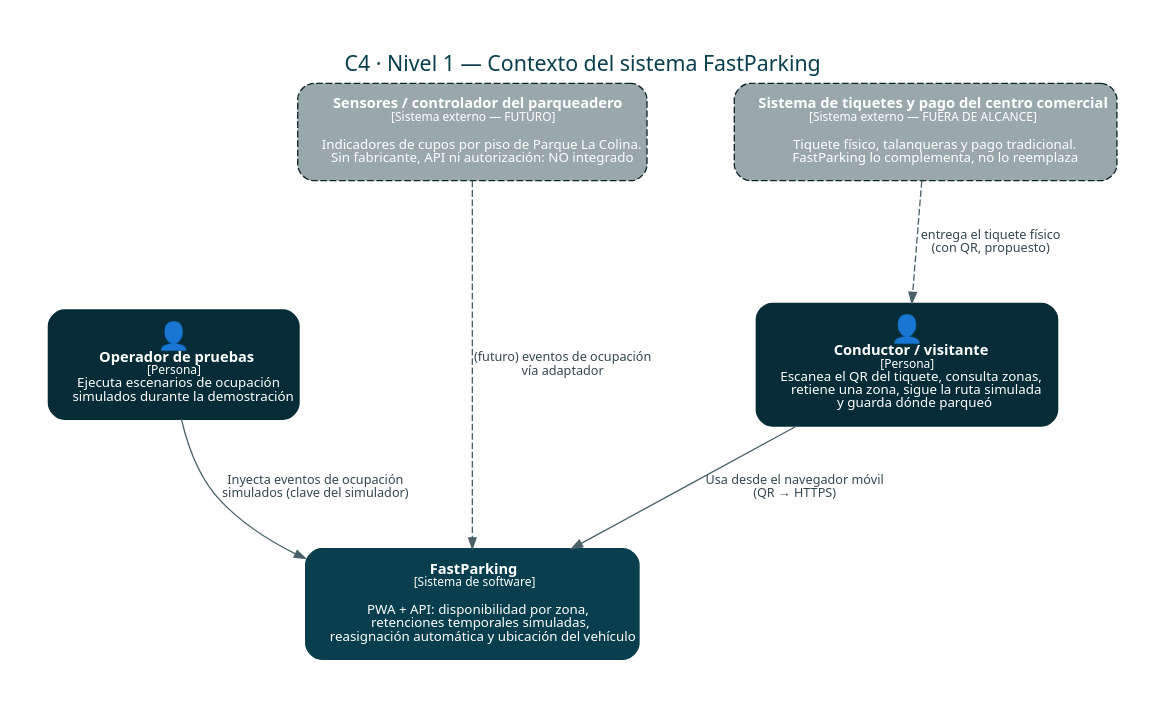
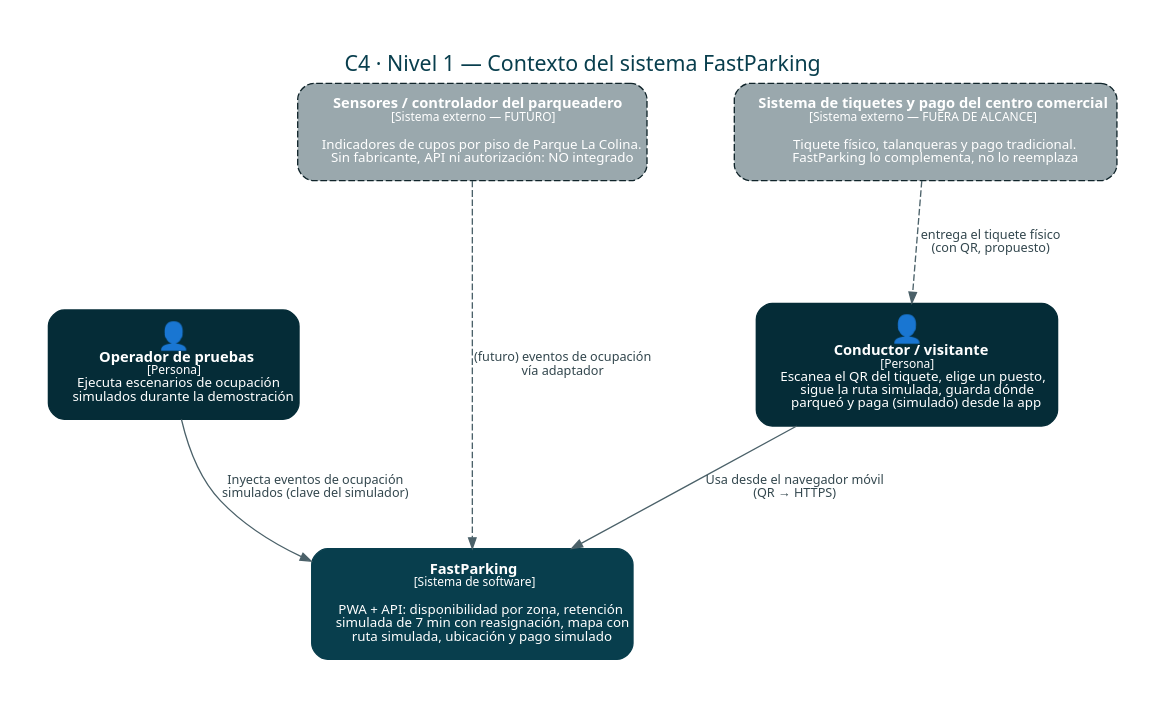
Before and after one commit to N4SL7/fastparking: the diagram in docs/diagramas/fuentes/c4-nivel1-contexto.dot, drawn with Graphviz. The commit also changed 18 other files, not shown here.

First line of the commit message:
docs: requerimientos, MER (PAGO), C4 y trazabilidad actualizados con pago simulado y mapa interactivo

```diff
--- a/docs/diagramas/fuentes/c4-nivel1-contexto.dot
+++ b/docs/diagramas/fuentes/c4-nivel1-contexto.dot
@@ -1,16 +1,16 @@
 digraph C4_1 { graph [fontname="Segoe UI,Arial,Helvetica,sans-serif", pad=0.4, nodesep=0.9, ranksep=1.0, bgcolor="white", labelloc=t, fontsize=16, fontcolor="#083E4D"];
 node [fontname="Segoe UI,Arial,Helvetica,sans-serif", fontsize=11, margin="0.25,0.15", width=2.6];
 edge [fontname="Segoe UI,Arial,Helvetica,sans-serif", fontsize=9.5, color="#4b6169", fontcolor="#33474e", arrowsize=0.8];
 graph [label="C4 · Nivel 1 — Contexto del sistema FastParking"];
-conductor [shape=box, style="rounded,filled", fillcolor="#052c37", color="#052c37", fontcolor="white", label=<<FONT POINT-SIZE="20">👤</FONT><BR/><B>Conductor / visitante</B><BR/><FONT POINT-SIZE="9">[Persona]</FONT><BR/><FONT POINT-SIZE="10">Escanea el QR del tiquete, consulta zonas,<BR/>retiene una zona, sigue la ruta simulada<BR/>y guarda dónde parqueó</FONT>>];
+conductor [shape=box, style="rounded,filled", fillcolor="#052c37", color="#052c37", fontcolor="white", label=<<FONT POINT-SIZE="20">👤</FONT><BR/><B>Conductor / visitante</B><BR/><FONT POINT-SIZE="9">[Persona]</FONT><BR/><FONT POINT-SIZE="10">Escanea el QR del tiquete, elige un puesto,<BR/>sigue la ruta simulada, guarda dónde<BR/>parqueó y paga (simulado) desde la app</FONT>>];
 operador [shape=box, style="rounded,filled", fillcolor="#052c37", color="#052c37", fontcolor="white", label=<<FONT POINT-SIZE="20">👤</FONT><BR/><B>Operador de pruebas</B><BR/><FONT POINT-SIZE="9">[Persona]</FONT><BR/><FONT POINT-SIZE="10">Ejecuta escenarios de ocupación<BR/>simulados durante la demostración</FONT>>];
-fp [shape=box, style="rounded,filled", fillcolor="#083E4D", color="#083E4D", label=<<B>FastParking</B><BR/><FONT POINT-SIZE="9">[Sistema de software]</FONT><BR/><BR/><FONT POINT-SIZE="10">PWA + API: disponibilidad por zona,<BR/>retenciones temporales simuladas,<BR/>reasignación automática y ubicación del vehículo</FONT>>, fontcolor="white"];
+fp [shape=box, style="rounded,filled", fillcolor="#083E4D", color="#083E4D", label=<<B>FastParking</B><BR/><FONT POINT-SIZE="9">[Sistema de software]</FONT><BR/><BR/><FONT POINT-SIZE="10">PWA + API: disponibilidad por zona, retención<BR/>simulada de 7 min con reasignación, mapa con<BR/>ruta simulada, ubicación y pago simulado</FONT>>, fontcolor="white"];
 sens [shape=box, style="rounded,filled,dashed", fillcolor="#9aa8ad", color="#10242a", label=<<B>Sensores / controlador del parqueadero</B><BR/><FONT POINT-SIZE="9">[Sistema externo — FUTURO]</FONT><BR/><BR/><FONT POINT-SIZE="10">Indicadores de cupos por piso de Parque La Colina.<BR/>Sin fabricante, API ni autorización: NO integrado</FONT>>, fontcolor="white"];
 cc [shape=box, style="rounded,filled,dashed", fillcolor="#9aa8ad", color="#10242a", label=<<B>Sistema de tiquetes y pago del centro comercial</B><BR/><FONT POINT-SIZE="9">[Sistema externo — FUERA DE ALCANCE]</FONT><BR/><BR/><FONT POINT-SIZE="10">Tiquete físico, talanqueras y pago tradicional.<BR/>FastParking lo complementa, no lo reemplaza</FONT>>, fontcolor="white"];
 conductor -> fp [label="  Usa desde el navegador móvil\n  (QR → HTTPS)"];
 operador -> fp [label="  Inyecta eventos de ocupación\n  simulados (clave del simulador)"];
 sens -> fp [style=dashed, label="  (futuro) eventos de ocupación\n  vía adaptador"];
 cc -> conductor [style=dashed, label="  entrega el tiquete físico\n  (con QR, propuesto)"];
 {rank=same; conductor; operador}
 {rank=same; sens; cc}
 }
```
